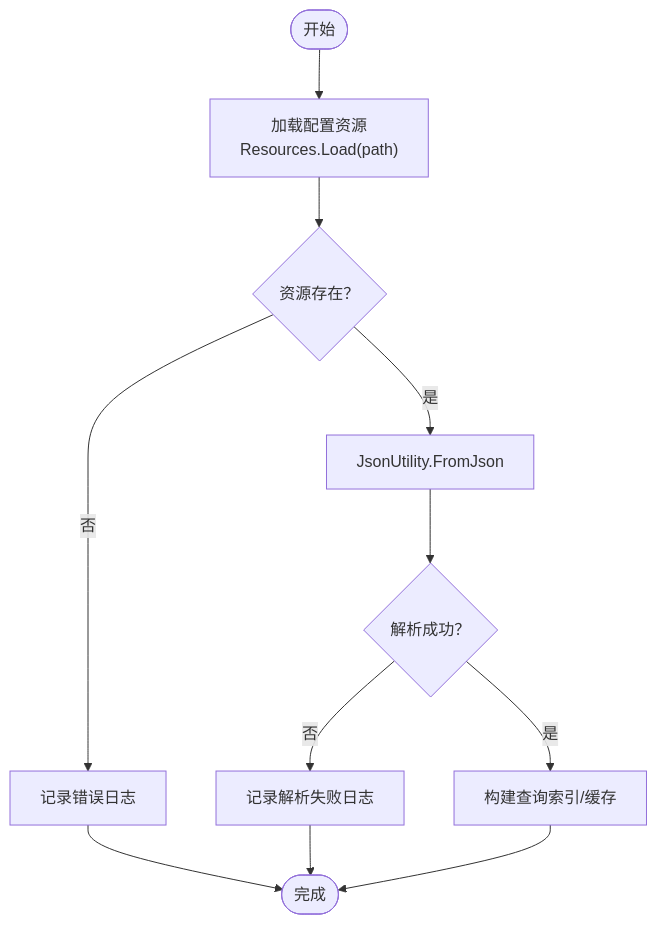
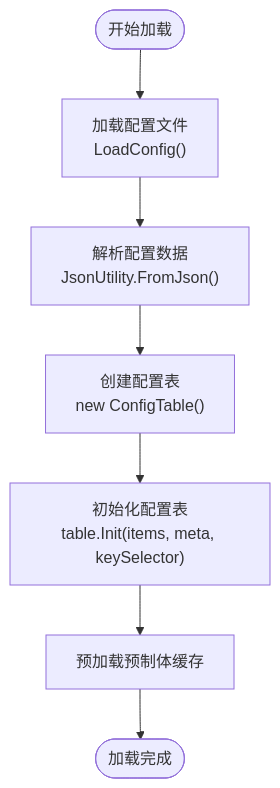
The third of 5 diagrams in .qoder/repowiki/zh/content/配置管理系统/配置管理系统.md (Tuusen/p1_client), drawn with Mermaid before and after one commit. The commit also changed other lines of this file and 85 other files, not shown here.

````diff
--- a/.qoder/repowiki/zh/content/配置管理系统/配置管理系统.md
+++ b/.qoder/repowiki/zh/content/配置管理系统/配置管理系统.md
@@ -263,13 +154,9 @@
 ```mermaid
 flowchart TD
-Start(["开始"]) --> LoadRes["加载配置资源<br/>Resources.Load(path)"]
-LoadRes --> ResOK{"资源存在？"}
-ResOK --> |否| LogErr1["记录错误日志"]
-ResOK --> |是| Parse["JsonUtility.FromJson<T>"]
-Parse --> ParseOK{"解析成功？"}
-ParseOK --> |否| LogErr2["记录解析失败日志"]
-ParseOK --> |是| Index["构建查询索引/缓存"]
-Index --> Done(["完成"])
-LogErr1 --> Done
-LogErr2 --> Done
+Start(["开始加载"]) --> LoadFile["加载配置文件<br/>LoadConfig<T>()"]
+LoadFile --> ParseData["解析配置数据<br/>JsonUtility.FromJson<T>()"]
+ParseData --> CreateTable["创建配置表<br/>new ConfigTable<T>()"]
+CreateTable --> InitTable["初始化配置表<br/>table.Init(items, meta, keySelector)"]
+InitTable --> CachePrefabs["预加载预制体缓存"]
+CachePrefabs --> Done(["加载完成"])
 ```
````
